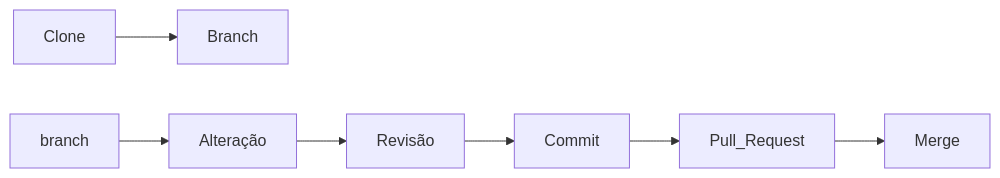
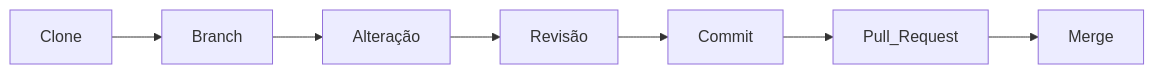
The diagram in devops/git/git-clone-branch-pull-request.md (infra-linux/infra-linux.github.io), drawn with Mermaid before and after one commit.

Commit message:
Atualiza ícone navegador

````diff
--- a/devops/git/git-clone-branch-pull-request.md
+++ b/devops/git/git-clone-branch-pull-request.md
@@ -15,9 +15,9 @@
 ```mermaid
 flowchart LR
     Clone --> Branch
-    branch --> Alteração
+    Branch --> Alteração
 	  Alteração --> Revisão
 	  Revisão --> Commit
     Commit --> Pull_Request
     Pull_Request --> Merge
 ```
````
